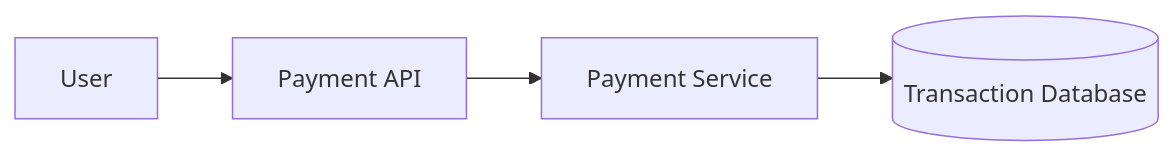
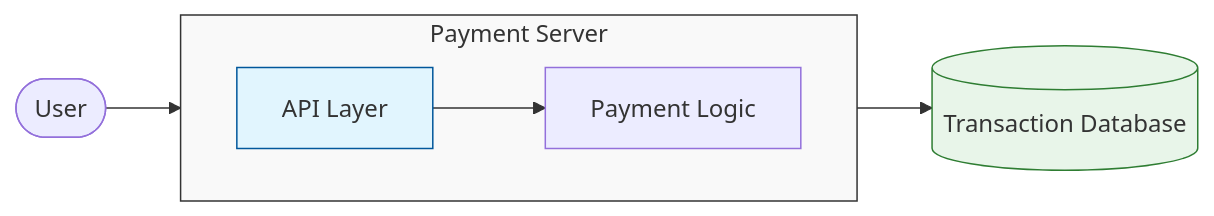
Before and after one commit to shawshubham/shawshubham.github.io: the first of 2 diagrams in content/learning/advanced-skills/high-level-design/4_correct-reliable-systems/4_2_problem-and-requirement.md, drawn with Mermaid. The commit also changed other lines of this file and 49 other files, not shown here.

First line of the commit message:
Updated phase 3 reliable system design with better flow

````diff
--- a/content/learning/advanced-skills/high-level-design/4_correct-reliable-systems/4_2_problem-and-requirement.md
+++ b/content/learning/advanced-skills/high-level-design/4_correct-reliable-systems/4_2_problem-and-requirement.md
@@ -166,9 +170,16 @@
 ```mermaid
 flowchart LR
+    User([User]) --> Server
 
-    User --> API[Payment API]
+    subgraph Server [Payment Server]
+        direction LR
+        API[API Layer] --> PS[Payment Logic]
+    end
 
-    API --> Service[Payment Service]
+    PS --> DB[(Transaction Database)]
 
-    Service --> DB[(Transaction Database)]
+    %% Styling to match your evolution diagram
+    style Server fill:#f9f9f9,stroke:#333
+    style API fill:#e1f5fe,stroke:#01579b
+    style DB fill:#e8f5e9,stroke:#2e7d32
 ```
````
